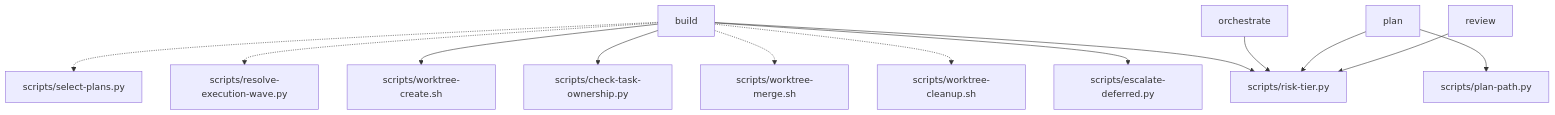
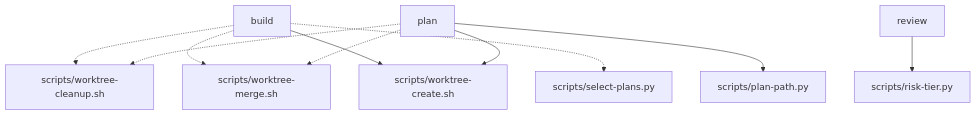
Before and after one commit to alecegg/varde: the seventh of 10 diagrams in skills/varde-change/FLOW.md, drawn with Mermaid. The commit also changed other lines of this file and 269 other files, not shown here.

````diff
--- a/skills/varde-change/FLOW.md
+++ b/skills/varde-change/FLOW.md
@@ -159,28 +173,21 @@
 ```mermaid
 flowchart TD
-  n0["scripts/check-task-ownership.py"]
-  n1["scripts/escalate-deferred.py"]
-  n2["scripts/plan-path.py"]
-  n3["scripts/resolve-execution-wave.py"]
-  n4["scripts/risk-tier.py"]
-  n5["scripts/select-plans.py"]
-  n6["scripts/worktree-cleanup.sh"]
-  n7["scripts/worktree-create.sh"]
-  n8["scripts/worktree-merge.sh"]
-  n9["build"]
-  n10["orchestrate"]
-  n11["plan"]
-  n12["review"]
-  n9 --> n1
-  n9 -.-> n6
-  n9 -.-> n8
-  n9 --> n4
-  n9 --> n0
-  n9 --> n7
-  n9 -.-> n3
-  n9 -.-> n5
-  n10 --> n4
-  n11 --> n2
-  n11 --> n4
-  n12 --> n4
+  n0["scripts/plan-path.py"]
+  n1["scripts/risk-tier.py"]
+  n2["scripts/select-plans.py"]
+  n3["scripts/worktree-cleanup.sh"]
+  n4["scripts/worktree-create.sh"]
+  n5["scripts/worktree-merge.sh"]
+  n6["build"]
+  n7["plan"]
+  n8["review"]
+  n6 -.-> n3
+  n6 -.-> n5
+  n6 --> n4
+  n6 -.-> n2
+  n7 --> n0
+  n7 -.-> n3
+  n7 --> n4
+  n7 -.-> n5
+  n8 --> n1
 ```
````
